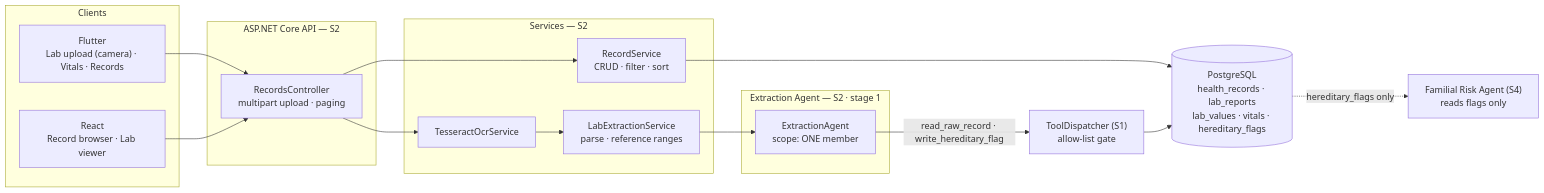
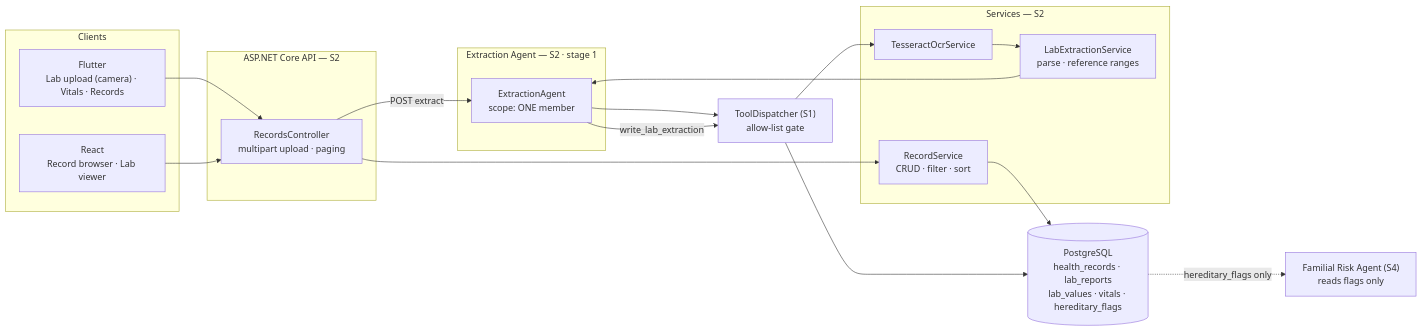
Before and after one commit to sahansbandara/Family-Veda: the first of 3 diagrams in docs/individual-reports/S2.md, drawn with Mermaid. The commit also changed other lines of this file and 3 other files, not shown here.

First line of the commit message:
docs(s2): add ER diagram, extraction pipeline, and report evidence

````diff
--- a/docs/individual-reports/S2.md
+++ b/docs/individual-reports/S2.md
@@ -61,33 +133,37 @@
 ```mermaid
 flowchart LR
   subgraph CLIENTS["Clients"]
     M["Flutter<br/>Lab upload (camera) · Vitals · Records"]
     W["React<br/>Record browser · Lab viewer"]
   end
 
   subgraph API["ASP.NET Core API — S2"]
     RC["RecordsController<br/>multipart upload · paging"]
   end
 
   subgraph SVC["Services — S2"]
     RS["RecordService<br/>CRUD · filter · sort"]
     OCR["TesseractOcrService"]
     LES["LabExtractionService<br/>parse · reference ranges"]
   end
 
   subgraph AGENT["Extraction Agent — S2 · stage 1"]
     EA["ExtractionAgent<br/>scope: ONE member"]
   end
 
   TD["ToolDispatcher (S1)<br/>allow-list gate"]
   DB[("PostgreSQL<br/>health_records · lab_reports<br/>lab_values · vitals · hereditary_flags")]
   S4["Familial Risk Agent (S4)<br/>reads flags only"]
 
   M --> RC
   W --> RC
   RC --> RS
   RS --> DB
-  RC --> OCR --> LES --> EA
-  EA -->|read_raw_record · write_hereditary_flag| TD --> DB
+  RC -->|POST extract| EA
+  EA --> TD
+  TD --> OCR
+  OCR --> LES
+  LES --> EA
+  EA -->|write_lab_extraction| TD --> DB
   DB -.hereditary_flags only.-> S4
 ```
````
